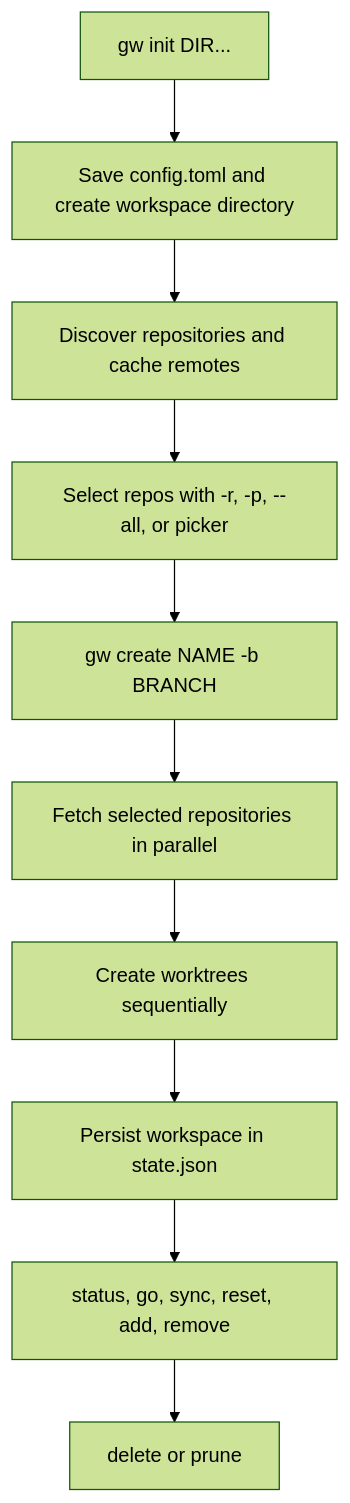
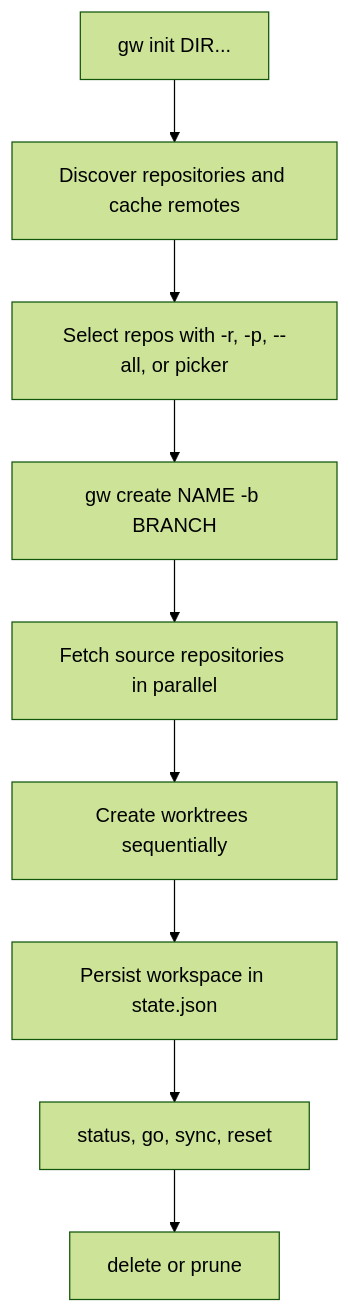
The diagram in openwiki/quickstart.md (nicksenap/grove), drawn with Mermaid (forest theme) before and after one commit. The commit also changed other lines of this file and 21 other files, not shown here.

First line of the commit message:
prune: stale-record cleanup, unit-suffixed --min-age, trimmed plugin registry (#117)

````diff
--- a/openwiki/quickstart.md
+++ b/openwiki/quickstart.md
@@ -67,12 +98,11 @@
 ```mermaid
 flowchart TD
-    init["gw init DIR..."] --> config["Save config.toml and create workspace directory"]
-    config --> discover["Discover repositories and cache remotes"]
+    init["gw init DIR..."] --> discover["Discover repositories and cache remotes"]
     discover --> select["Select repos with -r, -p, --all, or picker"]
     select --> create["gw create NAME -b BRANCH"]
-    create --> fetch["Fetch selected repositories in parallel"]
+    create --> fetch["Fetch source repositories in parallel"]
     fetch --> worktrees["Create worktrees sequentially"]
-    worktrees --> commit["Persist workspace in state.json"]
-    commit --> operate["status, go, sync, reset, add, remove"]
-    operate --> cleanup["delete or prune"]
+    worktrees --> persist["Persist workspace in state.json"]
+    persist --> use["status, go, sync, reset"]
+    use --> cleanup["delete or prune"]
 ```
````
